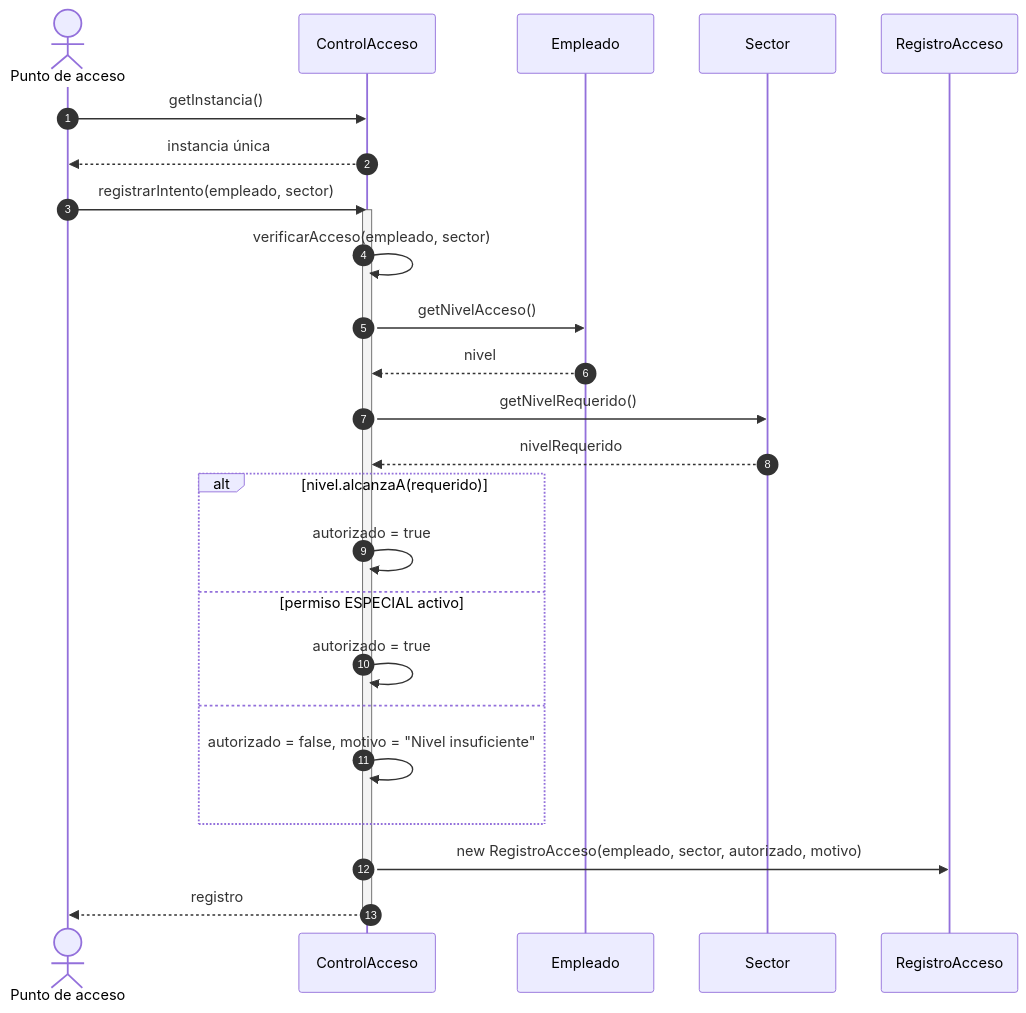
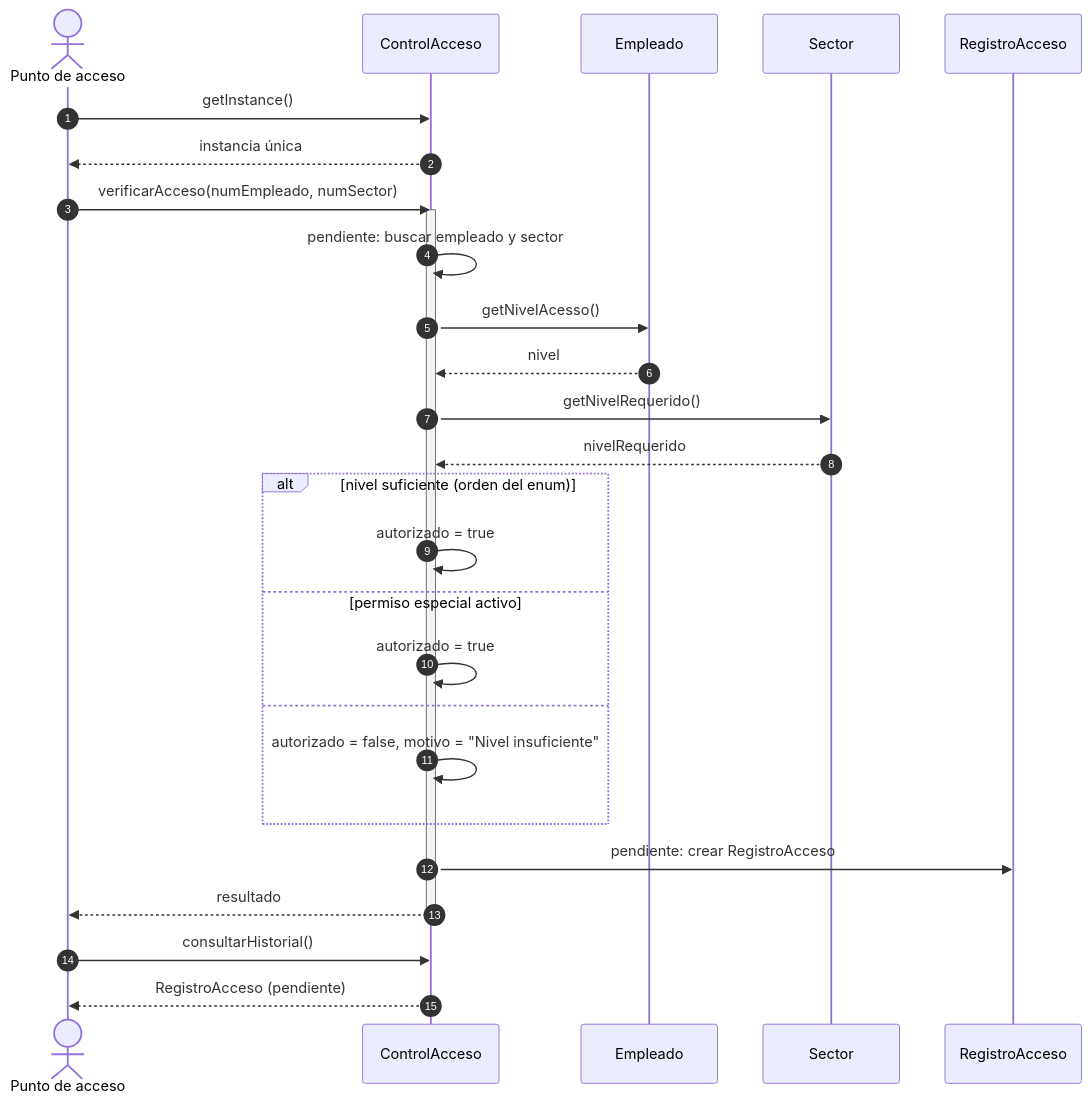
One commit to PatronSingleton-DisenoSoftware/Patron-Singleton-Software-EGI changed the second of 2 diagrams in docs/informe/04-diseno.md. Above: the diagram before and after it, drawn with Mermaid. The commit also changed other lines of this file and 12 other files, not shown here.

````diff
--- a/docs/informe/04-diseno.md
+++ b/docs/informe/04-diseno.md
@@ -384,29 +395,31 @@
 ```mermaid
 sequenceDiagram
     autonumber
     actor PA as Punto de acceso
     participant CA as ControlAcceso
     participant EM as Empleado
     participant SE as Sector
     participant RE as RegistroAcceso
 
-    PA->>CA: getInstancia()
+    PA->>CA: getInstance()
     CA-->>PA: instancia única
-    PA->>CA: registrarIntento(empleado, sector)
+    PA->>CA: verificarAcceso(numEmpleado, numSector)
     activate CA
-    CA->>CA: verificarAcceso(empleado, sector)
-    CA->>EM: getNivelAcceso()
+    CA->>CA: pendiente: buscar empleado y sector
+    CA->>EM: getNivelAcesso()
     EM-->>CA: nivel
     CA->>SE: getNivelRequerido()
     SE-->>CA: nivelRequerido
-    alt nivel.alcanzaA(requerido)
+    alt nivel suficiente (orden del enum)
         CA->>CA: autorizado = true
-    else permiso ESPECIAL activo
+    else permiso especial activo
         CA->>CA: autorizado = true
     else
         CA->>CA: autorizado = false, motivo = "Nivel insuficiente"
     end
-    CA->>RE: new RegistroAcceso(empleado, sector, autorizado, motivo)
-    CA-->>PA: registro
+    CA->>RE: pendiente: crear RegistroAcceso
+    CA-->>PA: resultado
     deactivate CA
+    PA->>CA: consultarHistorial()
+    CA-->>PA: RegistroAcceso (pendiente)
 ```
````
